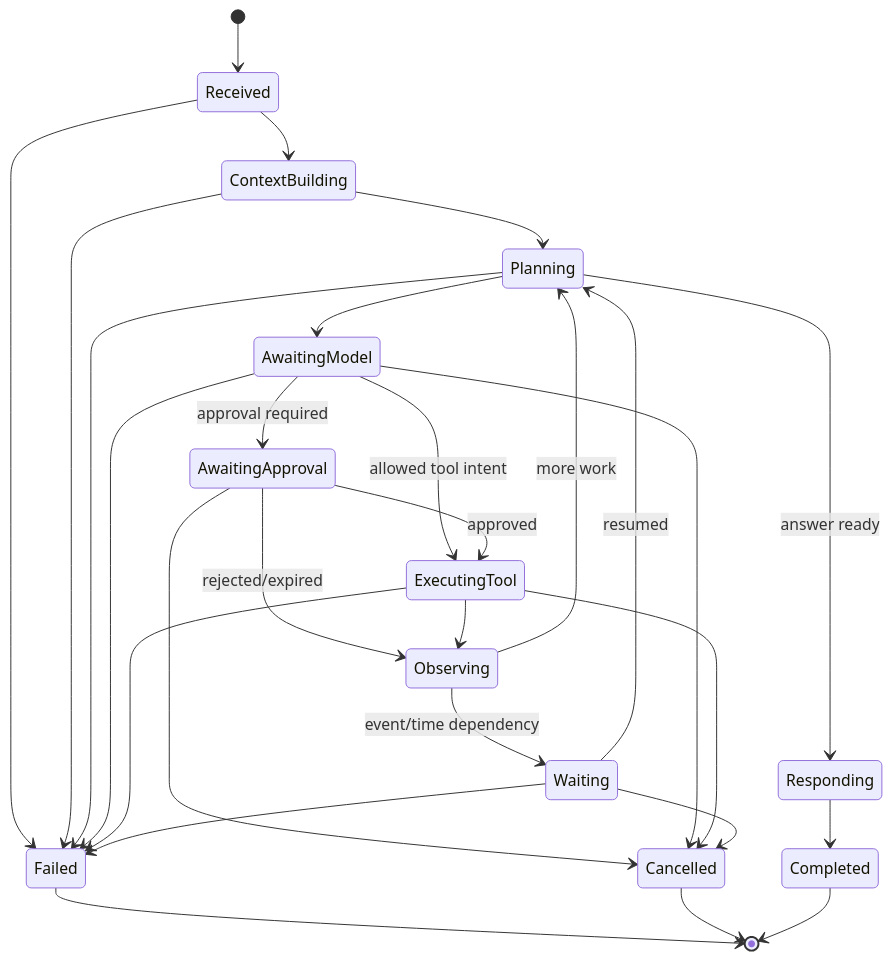
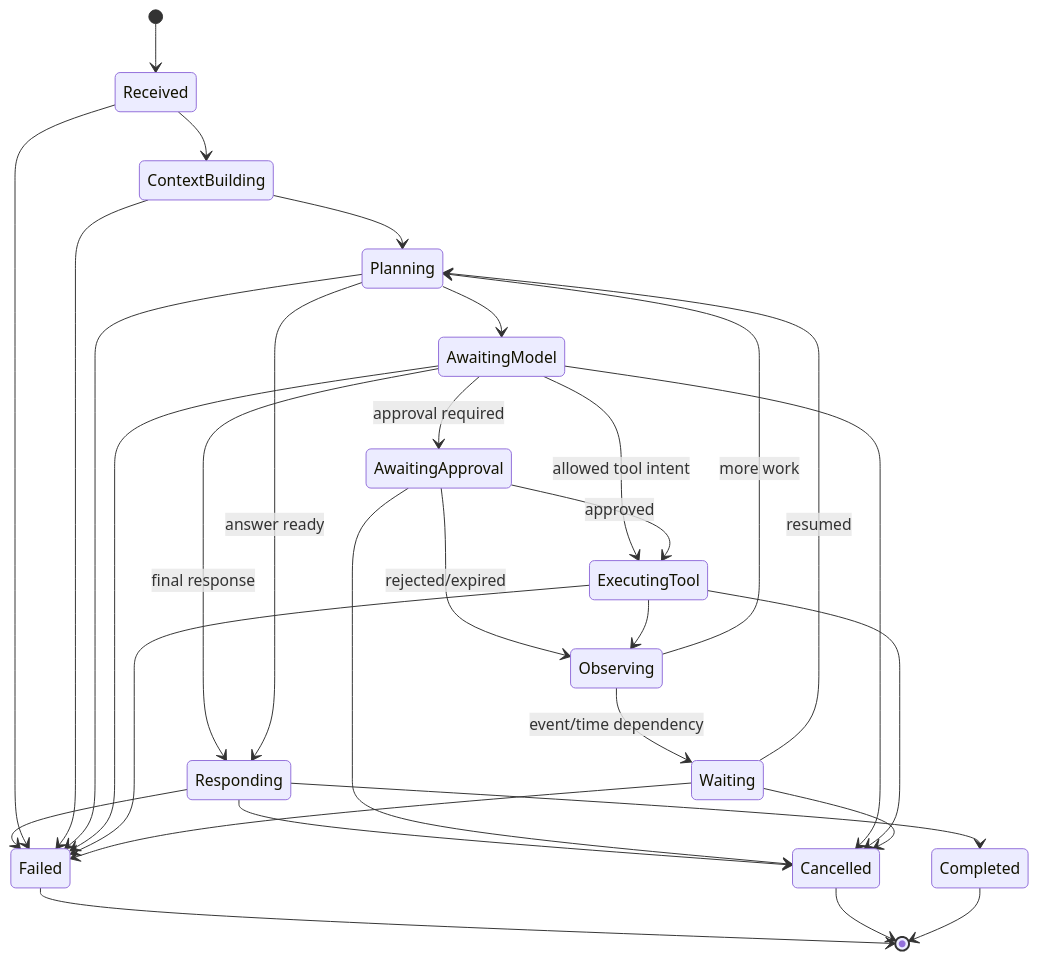
The diagram in docs/architecture/agent-runtime.md (props-nothing/JARVIS), drawn with Mermaid before and after one commit. The commit also changed other lines of this file and 9 other files, not shown here.

````diff
--- a/docs/architecture/agent-runtime.md
+++ b/docs/architecture/agent-runtime.md
@@ -19,30 +19,33 @@
 ```mermaid
 stateDiagram-v2
     [*] --> Received
     Received --> ContextBuilding
     ContextBuilding --> Planning
     Planning --> AwaitingModel
+    AwaitingModel --> Responding: final response
     AwaitingModel --> ExecutingTool: allowed tool intent
     AwaitingModel --> AwaitingApproval: approval required
     AwaitingApproval --> ExecutingTool: approved
     AwaitingApproval --> Observing: rejected/expired
     ExecutingTool --> Observing
     Observing --> Planning: more work
     Observing --> Waiting: event/time dependency
     Waiting --> Planning: resumed
     Planning --> Responding: answer ready
     Responding --> Completed
+    Responding --> Failed
+    Responding --> Cancelled
     Received --> Failed
     ContextBuilding --> Failed
     Planning --> Failed
     AwaitingModel --> Failed
     ExecutingTool --> Failed
     Waiting --> Failed
     AwaitingApproval --> Cancelled
     AwaitingModel --> Cancelled
     ExecutingTool --> Cancelled
     Waiting --> Cancelled
     Failed --> [*]
     Cancelled --> [*]
     Completed --> [*]
 ```
````
